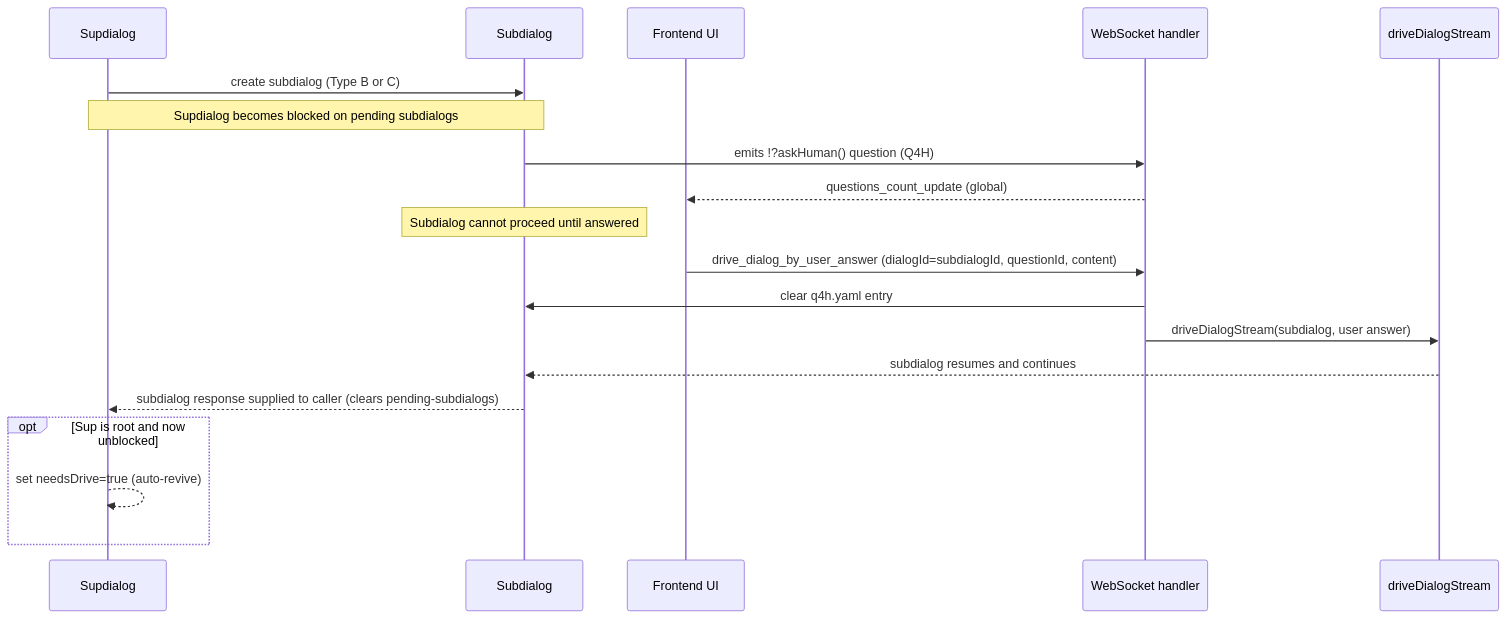
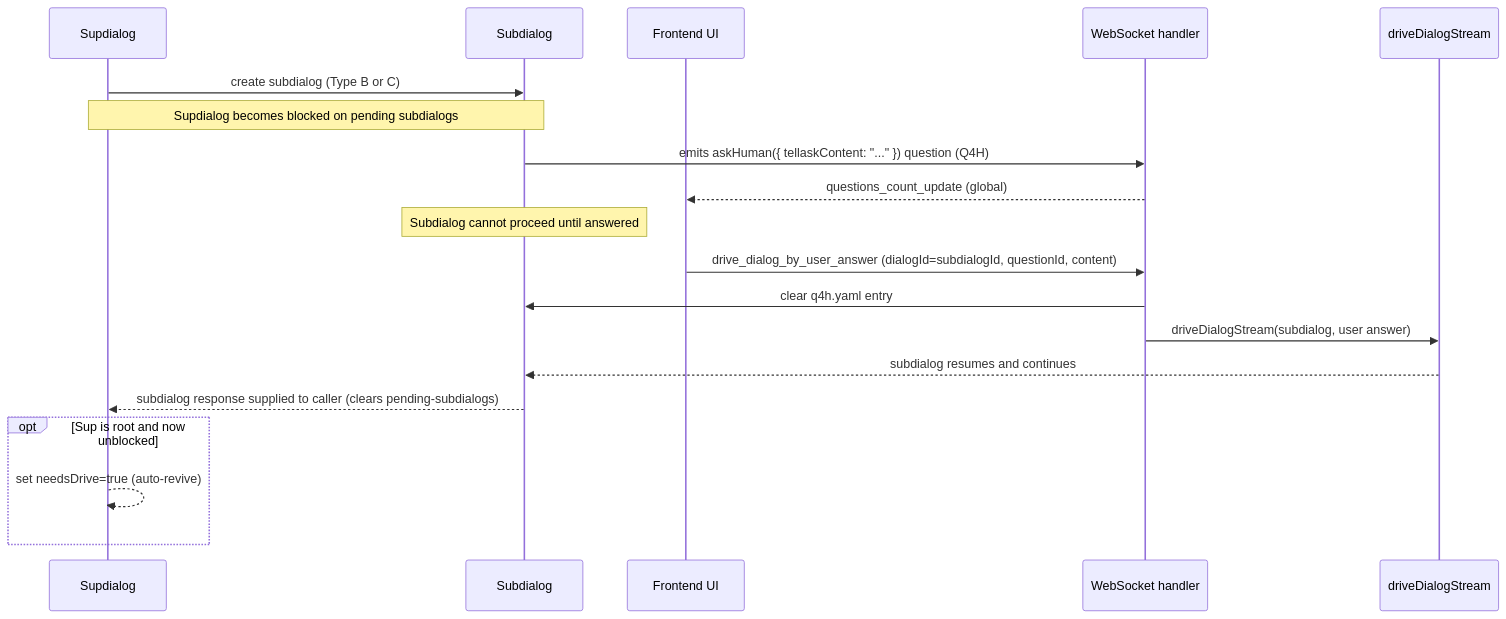
Before and after one commit to longrun-ai/dominds: diagram 15 of 18 in docs/dialog-system.md, drawn with Mermaid. The commit also changed other lines of this file and 13 other files, not shown here.

````diff
--- a/docs/dialog-system.md
+++ b/docs/dialog-system.md
@@ -1166,25 +1204,25 @@
 ```mermaid
 sequenceDiagram
   participant Sup as Supdialog
   participant Sub as Subdialog
   participant UI as Frontend UI
   participant WS as WebSocket handler
   participant Driver as driveDialogStream
 
   Sup->>Sub: create subdialog (Type B or C)
   Note over Sup,Sub: Supdialog becomes blocked on pending subdialogs
-  Sub->>WS: emits !?askHuman() question (Q4H)
+  Sub->>WS: emits askHuman({ tellaskContent: "..." }) question (Q4H)
   WS-->>UI: questions_count_update (global)
 
   Note over Sub: Subdialog cannot proceed until answered
 
   UI->>WS: drive_dialog_by_user_answer (dialogId=subdialogId, questionId, content)
   WS->>Sub: clear q4h.yaml entry
   WS->>Driver: driveDialogStream(subdialog, user answer)
   Driver-->>Sub: subdialog resumes and continues
   Sub-->>Sup: subdialog response supplied to caller (clears pending-subdialogs)
 
   opt Sup is root and now unblocked
     Sup-->>Sup: set needsDrive=true (auto-revive)
   end
 ```
````
